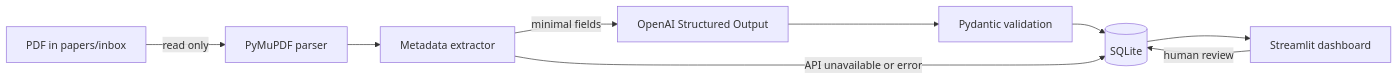
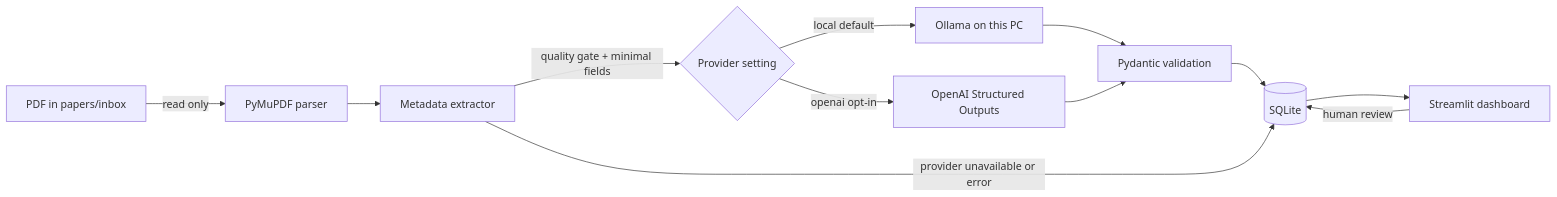
One commit to ryouta-gidou-sec/SecPaper-Atlas changed the diagram in README.md. Above: the diagram before and after it, drawn with Mermaid. The commit also changed other lines of this file and 19 other files, not shown here.

Commit message:
feat: add local Ollama classification provider

````diff
--- a/README.md
+++ b/README.md
@@ -35,11 +35,14 @@
 ```mermaid
 flowchart LR
     A[PDF in papers/inbox] -->|read only| B[PyMuPDF parser]
     B --> C[Metadata extractor]
-    C -->|minimal fields| D[OpenAI Structured Output]
+    C -->|quality gate + minimal fields| P{Provider setting}
+    P -->|local default| L[Ollama on this PC]
+    P -->|openai opt-in| D[OpenAI Structured Outputs]
+    L --> E[Pydantic validation]
     D --> E[Pydantic validation]
     E --> F[(SQLite)]
-    C -->|API unavailable or error| F
+    C -->|provider unavailable or error| F
     F --> G[Streamlit dashboard]
     G -->|human review| F
 ```
````
